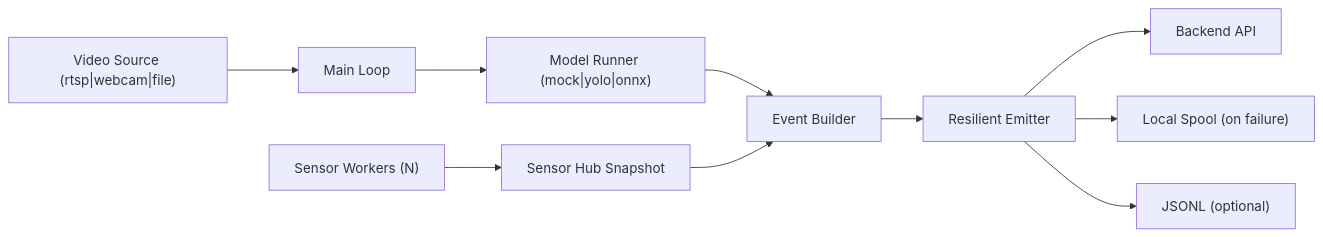
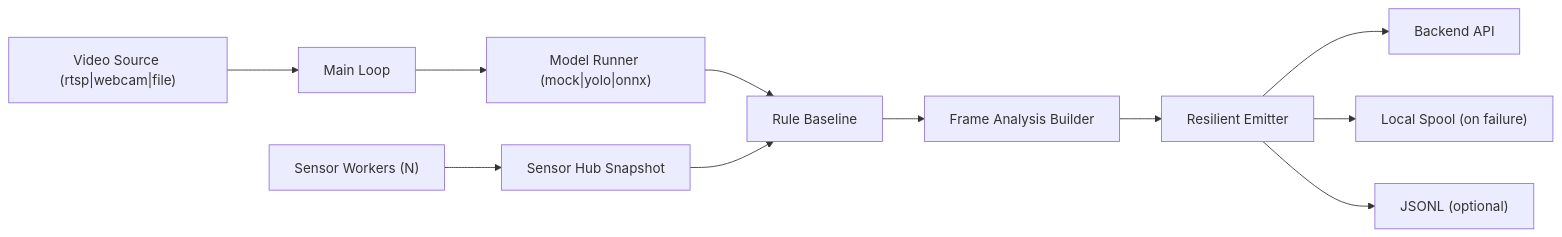
Before and after one commit to Capstone-Bug24/be-ai-endpoint: the diagram in README.md, drawn with Mermaid. The commit also changed other lines of this file and 14 other files, not shown here.

Commit message:
feat: align frame analysis payload contract

````diff
--- a/README.md
+++ b/README.md
@@ -26,12 +26,13 @@
 ```mermaid
 flowchart LR
     A["Video Source (rtsp|webcam|file)"] --> B["Main Loop"]
     S["Sensor Workers (N)"] --> C["Sensor Hub Snapshot"]
     B --> D["Model Runner (mock|yolo|onnx)"]
-    D --> E["Event Builder"]
+    D --> E["Rule Baseline"]
     C --> E
-    E --> F["Resilient Emitter"]
-    F --> G["Backend API"]
-    F --> H["Local Spool (on failure)"]
-    F --> I["JSONL (optional)"]
+    E --> F["Frame Analysis Builder"]
+    F --> G["Resilient Emitter"]
+    G --> H["Backend API"]
+    G --> I["Local Spool (on failure)"]
+    G --> J["JSONL (optional)"]
 ```
````
